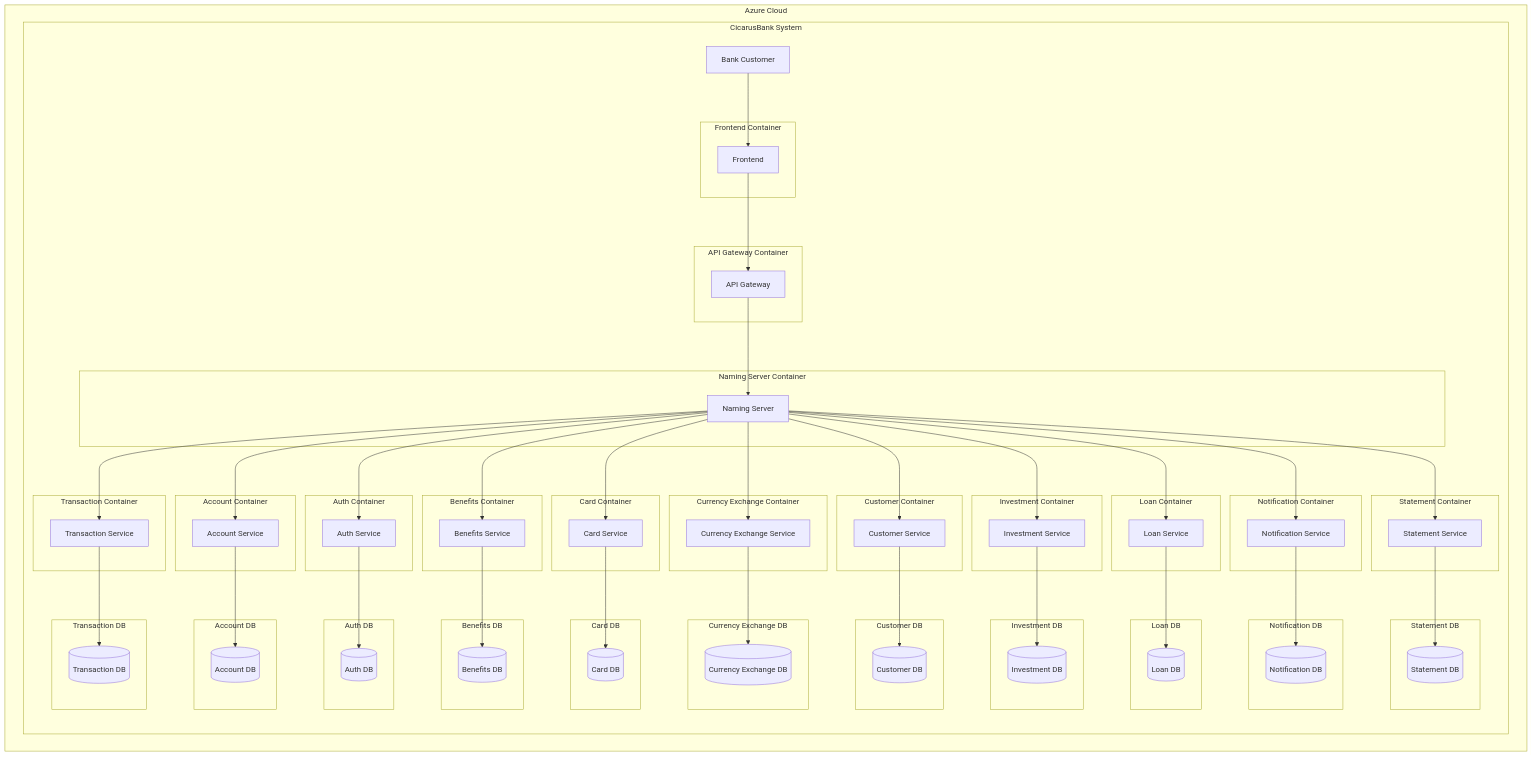
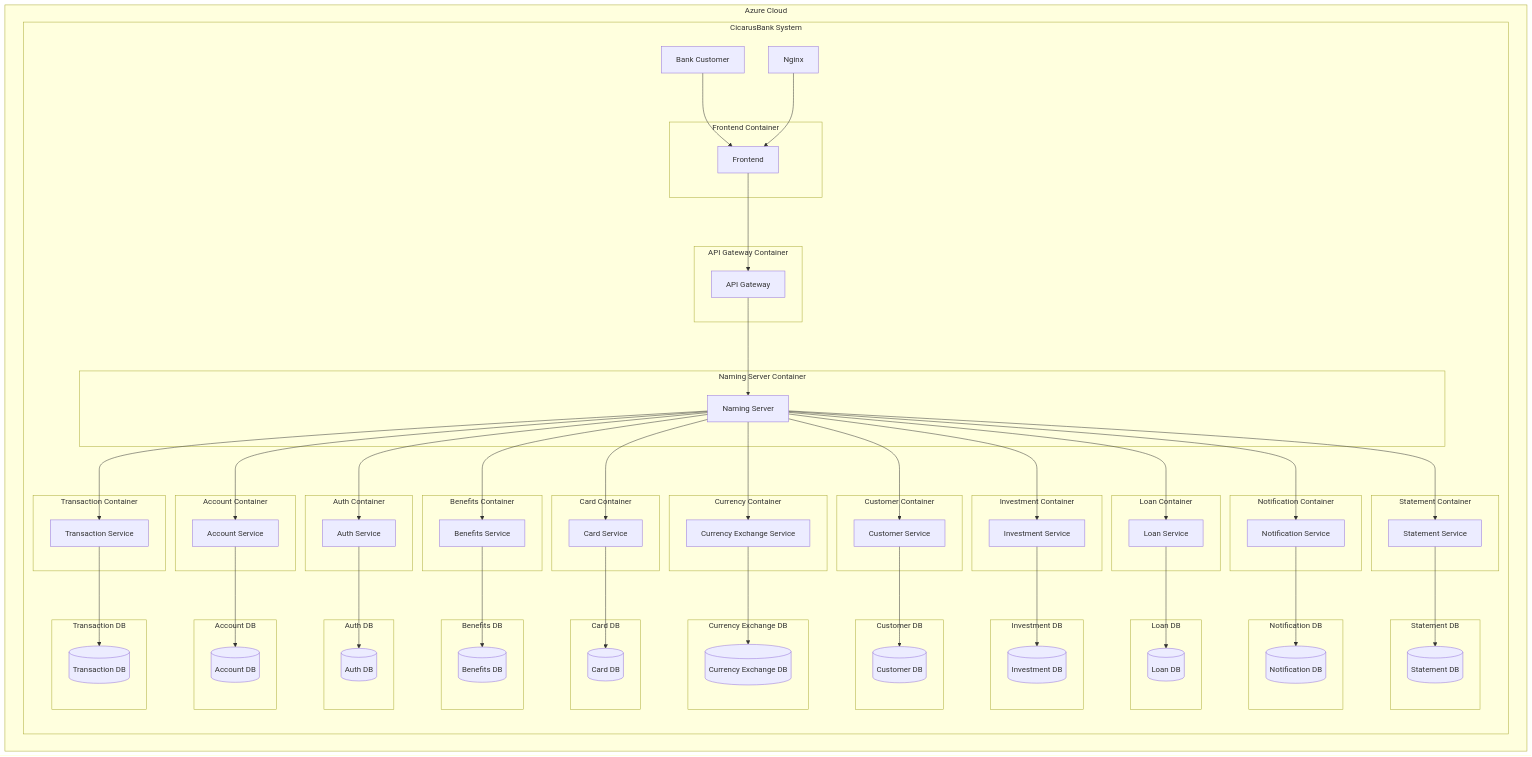
One commit to itiro-y/CicarusBank changed the first of 2 diagrams in README.md. Above: the diagram before and after it, drawn with Mermaid.

Commit message:
nginx adicionado ao diagrama

````diff
--- a/README.md
+++ b/README.md
@@ -54,7 +54,11 @@
 ```mermaid
+
 graph TD
     subgraph "Azure Cloud"
         subgraph "CicarusBank System"
+
+            nginx[Nginx]
+                                       
             user[Bank Customer]
 
             subgraph "Frontend Container"
@@ -97,7 +101,7 @@
                 card_db[(Card DB)]
             end
 
-            subgraph "Currency Exchange Container"
+            subgraph "Currency Container"
                 currency_exchange_service[Currency Exchange Service]
             end
             subgraph "Currency Exchange DB"
@@ -149,6 +153,7 @@
     end
 
     user --> frontend
+    nginx --> frontend
     frontend --> api_gateway
     api_gateway --> naming_server
 
````
